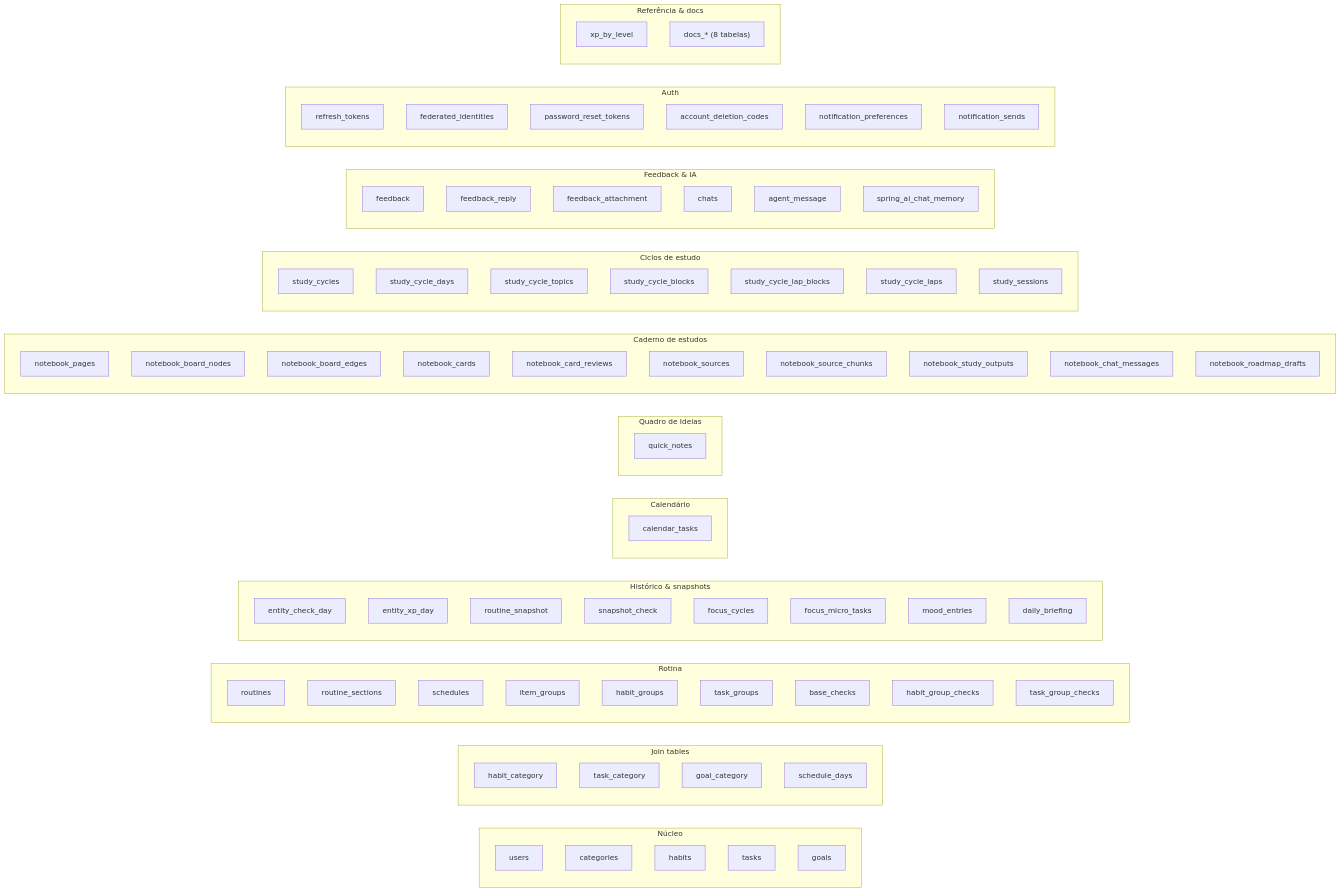
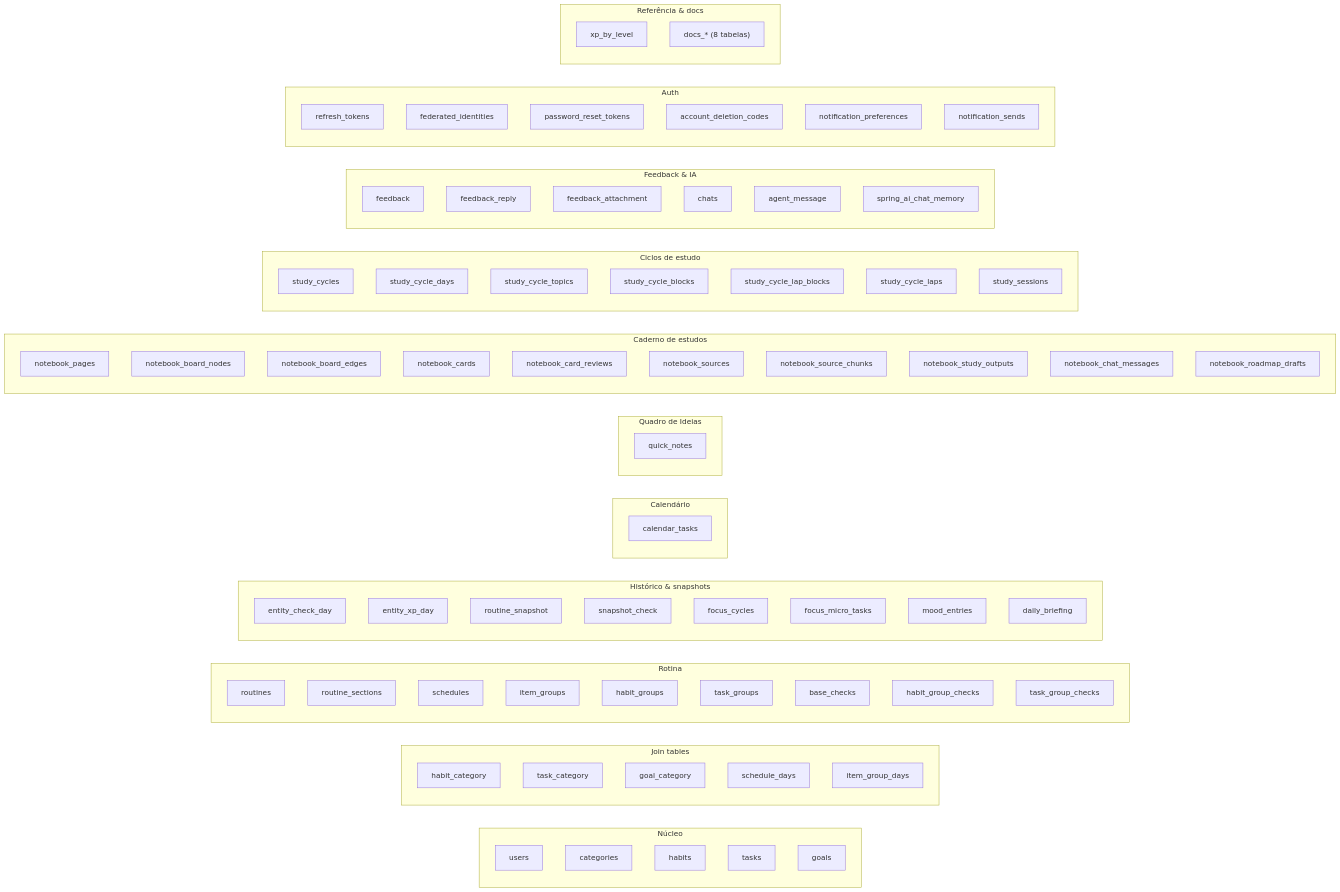
Before and after one commit to AndDev741/Beyou-arch-design: the fifth of 5 diagrams in architecture/domain-model/pt.md, drawn with Mermaid. The commit also changed other lines of this file and 10 other files, not shown here.

```diff
--- a/architecture/domain-model/pt.md
+++ b/architecture/domain-model/pt.md
@@ -647,6 +650,7 @@
     task_category
     goal_category
     schedule_days
+    item_group_days
   end
 
   subgraph routine["Rotina"]
```
